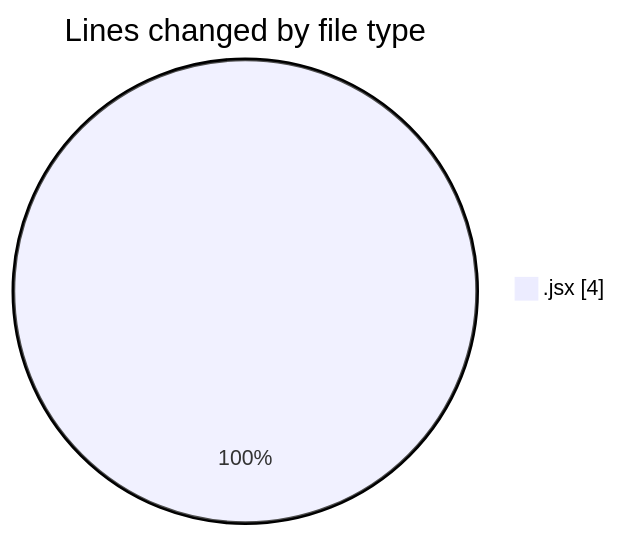
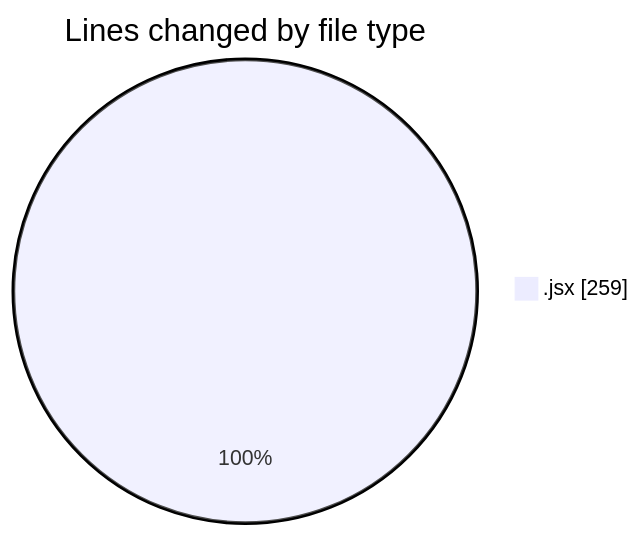
Before and after one commit to momahboobian/code-tracking: the first of 2 diagrams in 2026-09-02/cda/README.md, drawn with Mermaid. The commit also changed other lines of this file and 1 other file, not shown here.

````diff
--- a/2026-09-02/cda/README.md
+++ b/2026-09-02/cda/README.md
@@ -20,5 +23,5 @@
 ```mermaid
 pie showData
 title Lines changed by file type
-".jsx" : 4
+".jsx" : 259
 ```
````
